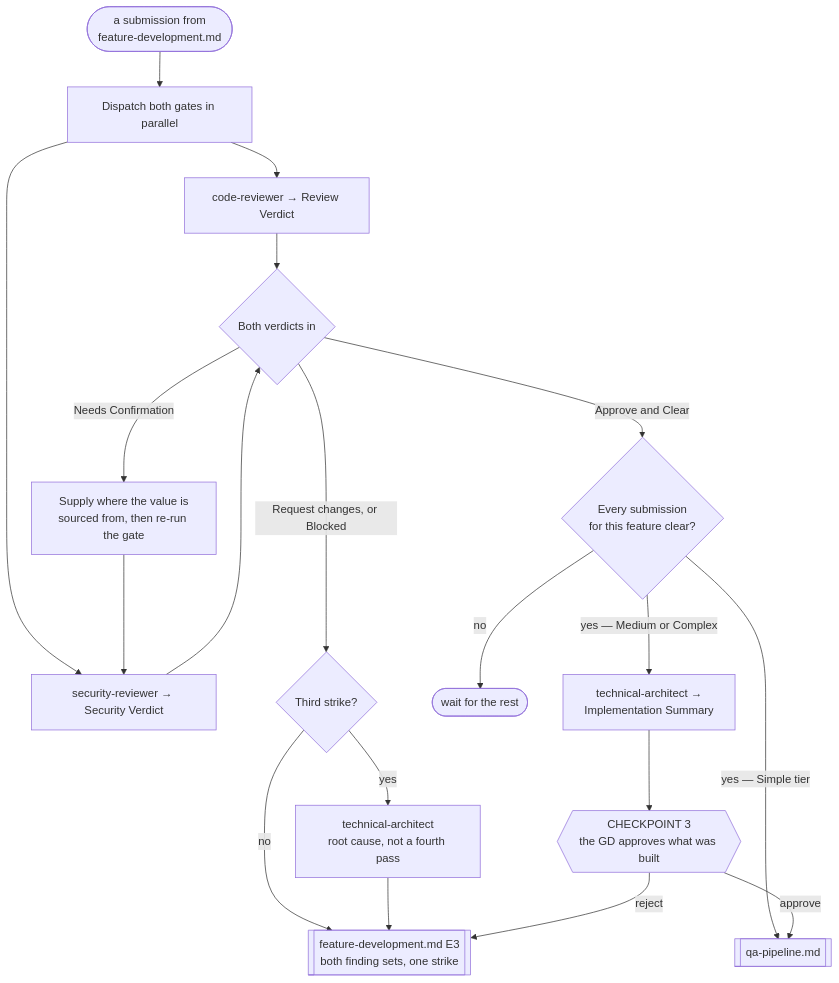
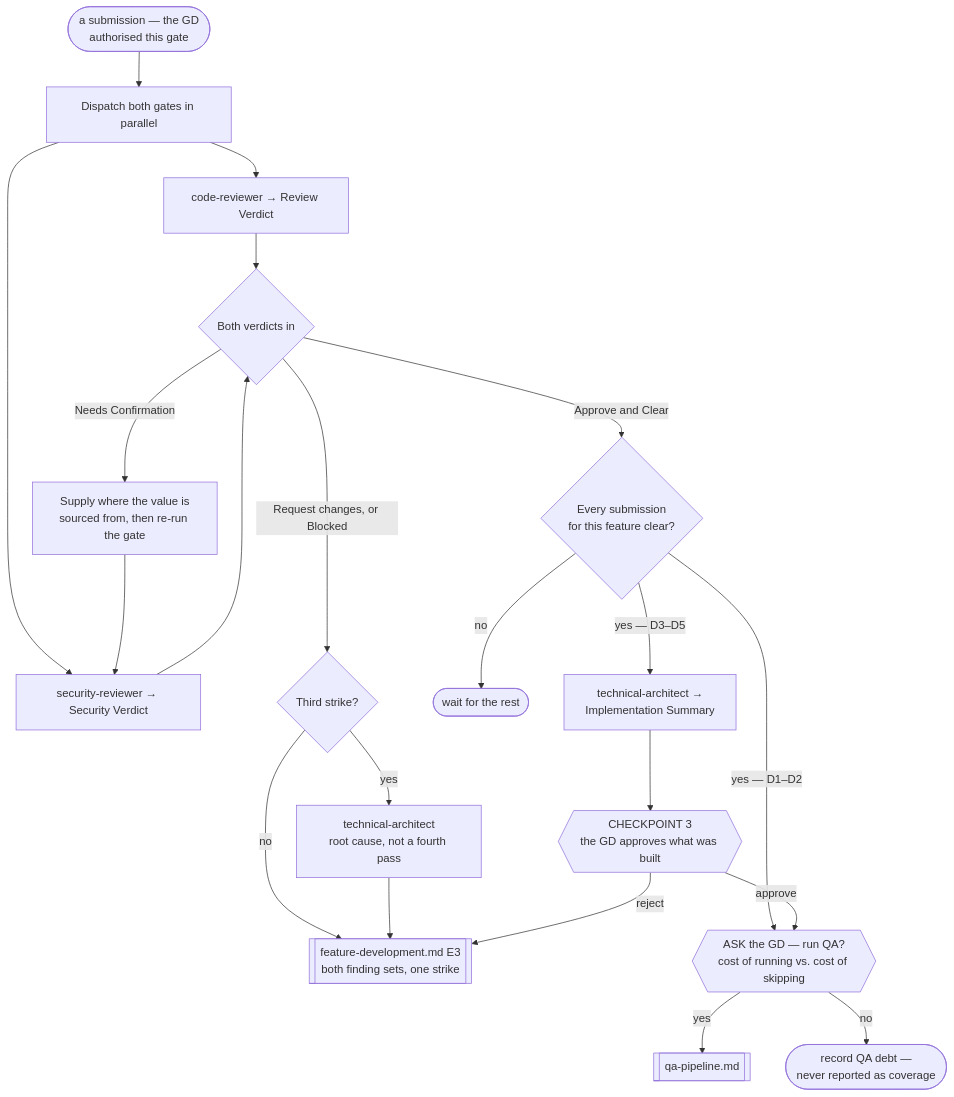
The diagram in .claude/workflows/review-pipeline.md (PhuNguyen182/AI-For-Game-Development), drawn with Mermaid before and after one commit. The commit also changed other lines of this file and 15 other files, not shown here.

````diff
--- a/.claude/workflows/review-pipeline.md
+++ b/.claude/workflows/review-pipeline.md
@@ -44,26 +51,28 @@
 ```mermaid
 flowchart TD
-    In([a submission from<br/>feature-development.md]) --> Gates
+    In([a submission — the GD<br/>authorised this gate]) --> Gates
 
     Gates[Dispatch both gates in parallel] --> CR[code-reviewer → Review Verdict]
     Gates --> SR[security-reviewer → Security Verdict]
 
     CR --> Both{Both verdicts in}
     SR --> Both
 
     Both -->|"Approve and Clear"| Done{Every submission<br/>for this feature clear?}
     Both -->|"Needs Confirmation"| Src[Supply where the value is<br/>sourced from, then re-run the gate]
     Both -->|"Request changes, or Blocked"| Strike{Third strike?}
     Src --> SR
 
     Strike -->|no| Back[[feature-development.md E3<br/>both finding sets, one strike]]
     Strike -->|yes| Arch[technical-architect<br/>root cause, not a fourth pass]
     Arch --> Back
 
     Done -->|no| Wait([wait for the rest])
-    Done -->|"yes — Simple tier"| QA
-    Done -->|"yes — Medium or Complex"| Sum[technical-architect →<br/>Implementation Summary]
+    Done -->|"yes — D1–D2"| Ask
+    Done -->|"yes — D3–D5"| Sum[technical-architect →<br/>Implementation Summary]
     Sum --> CP3{{CHECKPOINT 3<br/>the GD approves what was built}}
     CP3 -->|reject| Back
-    CP3 -->|approve| QA[[qa-pipeline.md]]
+    CP3 -->|approve| Ask{{ASK the GD — run QA?<br/>cost of running vs. cost of skipping}}
+    Ask -->|yes| QA[[qa-pipeline.md]]
+    Ask -->|no| Debt([record QA debt —<br/>never reported as coverage])
 ```
````
